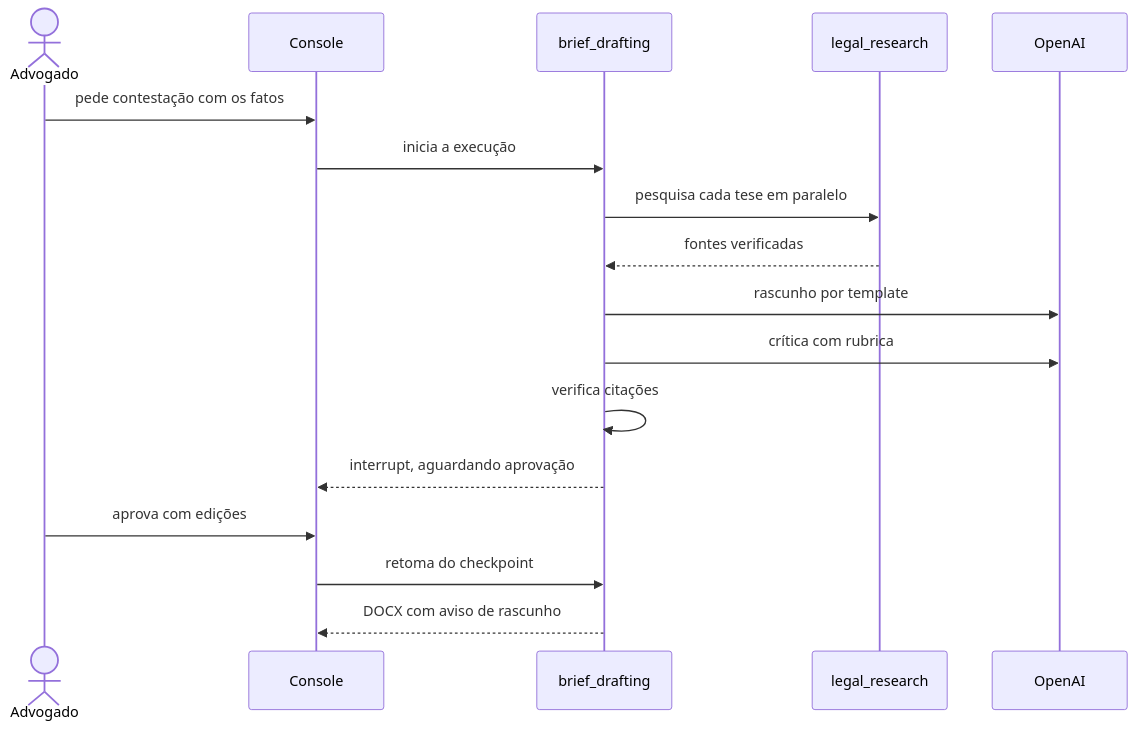
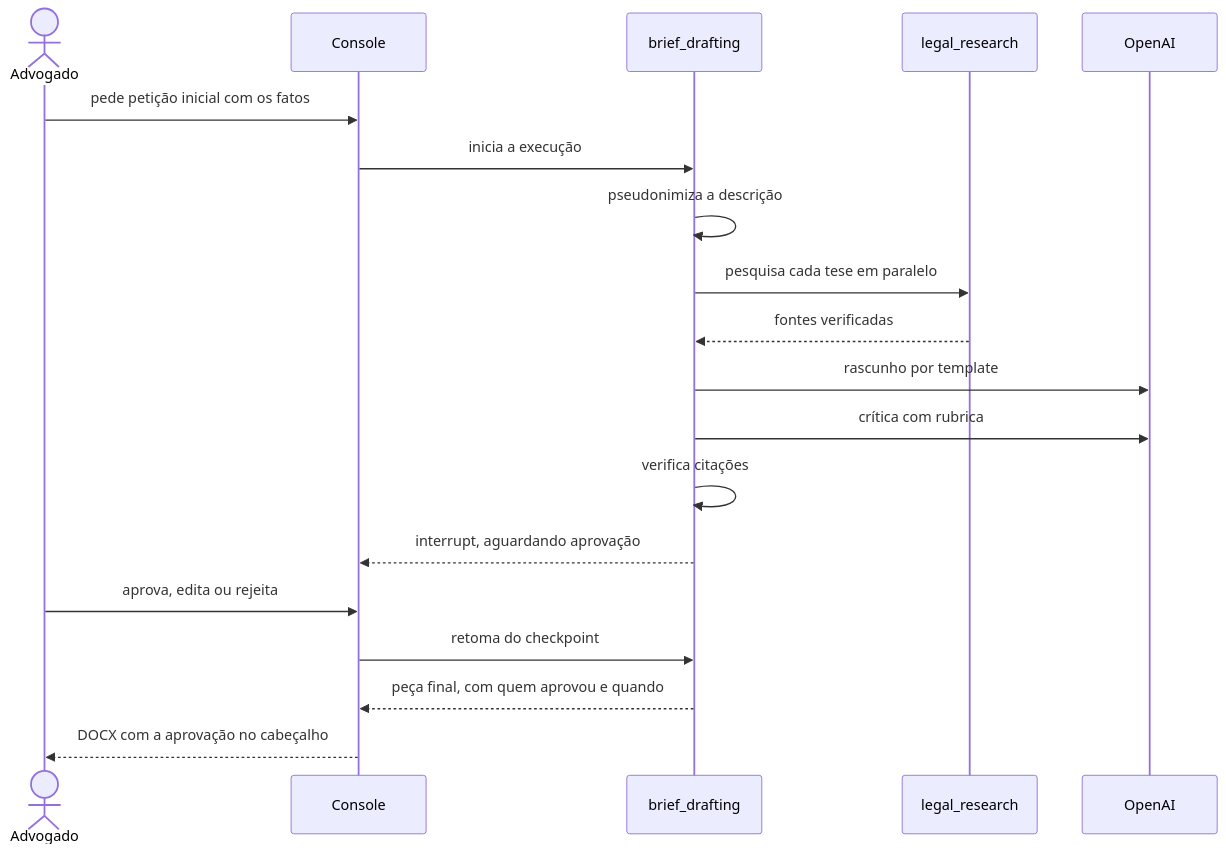
One commit to brunocs100/ementa changed the fifth of 9 diagrams in docs/ARQUITETURA.md. Above: the diagram before and after it, drawn with Mermaid. The commit also changed 3 other files, not shown here.

````diff
--- a/docs/ARQUITETURA.md
+++ b/docs/ARQUITETURA.md
@@ -201,19 +201,21 @@
 ```mermaid
 sequenceDiagram
     actor A as Advogado
     participant W as Console
     participant G as brief_drafting
     participant P as legal_research
     participant L as OpenAI
-    A->>W: pede contestação com os fatos
+    A->>W: pede petição inicial com os fatos
     W->>G: inicia a execução
+    G->>G: pseudonimiza a descrição
     G->>P: pesquisa cada tese em paralelo
     P-->>G: fontes verificadas
     G->>L: rascunho por template
     G->>L: crítica com rubrica
     G->>G: verifica citações
     G-->>W: interrupt, aguardando aprovação
-    A->>W: aprova com edições
+    A->>W: aprova, edita ou rejeita
     W->>G: retoma do checkpoint
-    G-->>W: DOCX com aviso de rascunho
+    G-->>W: peça final, com quem aprovou e quando
+    W-->>A: DOCX com a aprovação no cabeçalho
 ```
````
